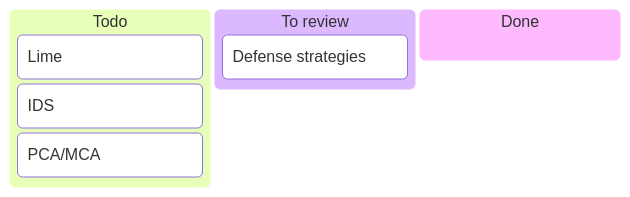
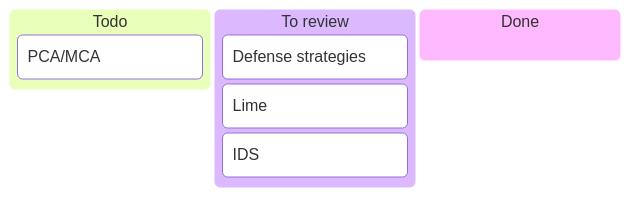
Before and after one commit to onlyidev/bachelor.thesis: the first of 2 diagrams in README.md, drawn with Mermaid. The commit also changed other lines of this file and 10 other files, not shown here.

Commit message:
feat(literature): Add LIME and IDS sections

````diff
--- a/README.md
+++ b/README.md
@@ -4,11 +4,11 @@
 ```mermaid
 kanban
 todo["Todo"]
- Lime
- IDS
  PCA/MCA
 
 review["To review"]
  strats["Defense strategies"]
+ Lime
+ IDS
 done["Done"]
 ```
````
